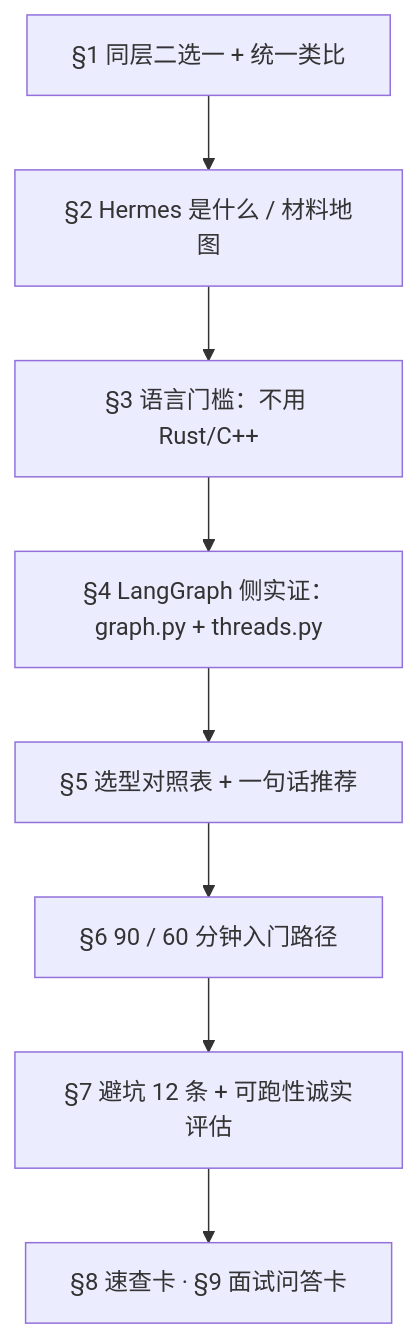
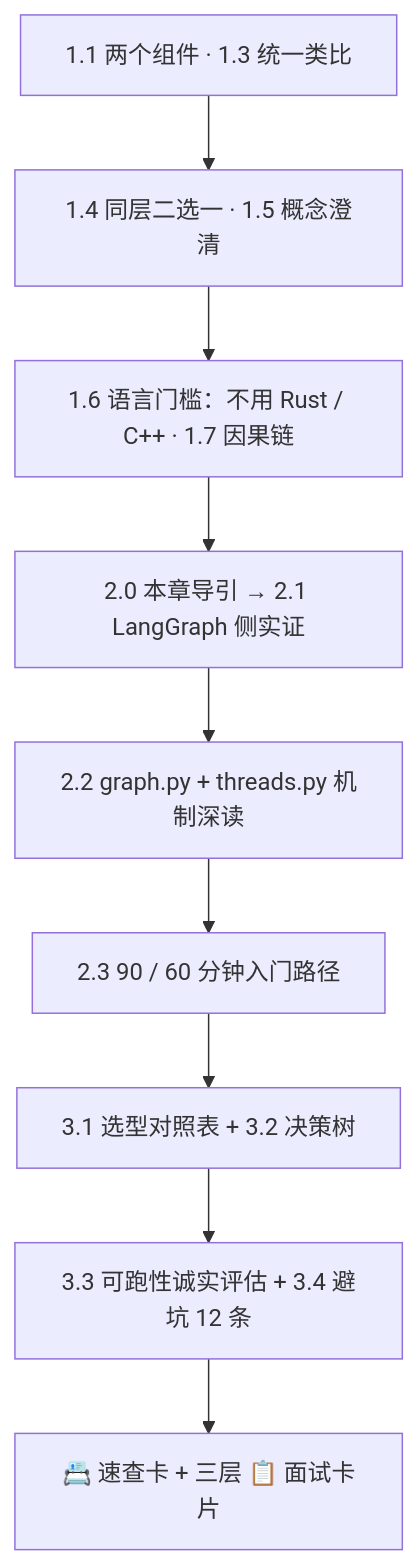
One commit to Trampoline811/ai-engineer-roadmap changed the fourth of 5 diagrams in 00-我的深度整合专题/Agent面试5日冲刺/运行时选型-LangGraph-vs-Hermes.md. Above: the diagram before and after it, drawn with Mermaid. The commit also changed other lines of this file and 18 other files, not shown here.

Commit message:
专题文档统一为三层结构并全面改 mermaid；同步全部行数记录与「栈」字清理

````diff
--- a/00-我的深度整合专题/Agent面试5日冲刺/运行时选型-LangGraph-vs-Hermes.md
+++ b/00-我的深度整合专题/Agent面试5日冲刺/运行时选型-LangGraph-vs-Hermes.md
@@ -93,10 +248,11 @@
 ```mermaid
 graph TD
-  A["§1 同层二选一 + 统一类比"] --> B["§2 Hermes 是什么 / 材料地图"]
-  B --> C["§3 语言门槛：不用 Rust/C++"]
-  C --> D["§4 LangGraph 侧实证：graph.py + threads.py"]
-  D --> E["§5 选型对照表 + 一句话推荐"]
-  E --> F["§6 90 / 60 分钟入门路径"]
-  F --> G["§7 避坑 12 条 + 可跑性诚实评估"]
-  G --> H["§8 速查卡 · §9 面试问答卡"]
+  A["1.1 两个组件 · 1.3 统一类比"] --> B["1.4 同层二选一 · 1.5 概念澄清"]
+  B --> C["1.6 语言门槛：不用 Rust / C++ · 1.7 因果链"]
+  C --> D["2.0 本章导引 → 2.1 LangGraph 侧实证"]
+  D --> E["2.2 graph.py + threads.py 机制深读"]
+  E --> F["2.3 90 / 60 分钟入门路径"]
+  F --> G["3.1 选型对照表 + 3.2 决策树"]
+  G --> H["3.3 可跑性诚实评估 + 3.4 避坑 12 条"]
+  H --> I["📇 速查卡 + 三层 📋 面试卡片"]
 ```
````
